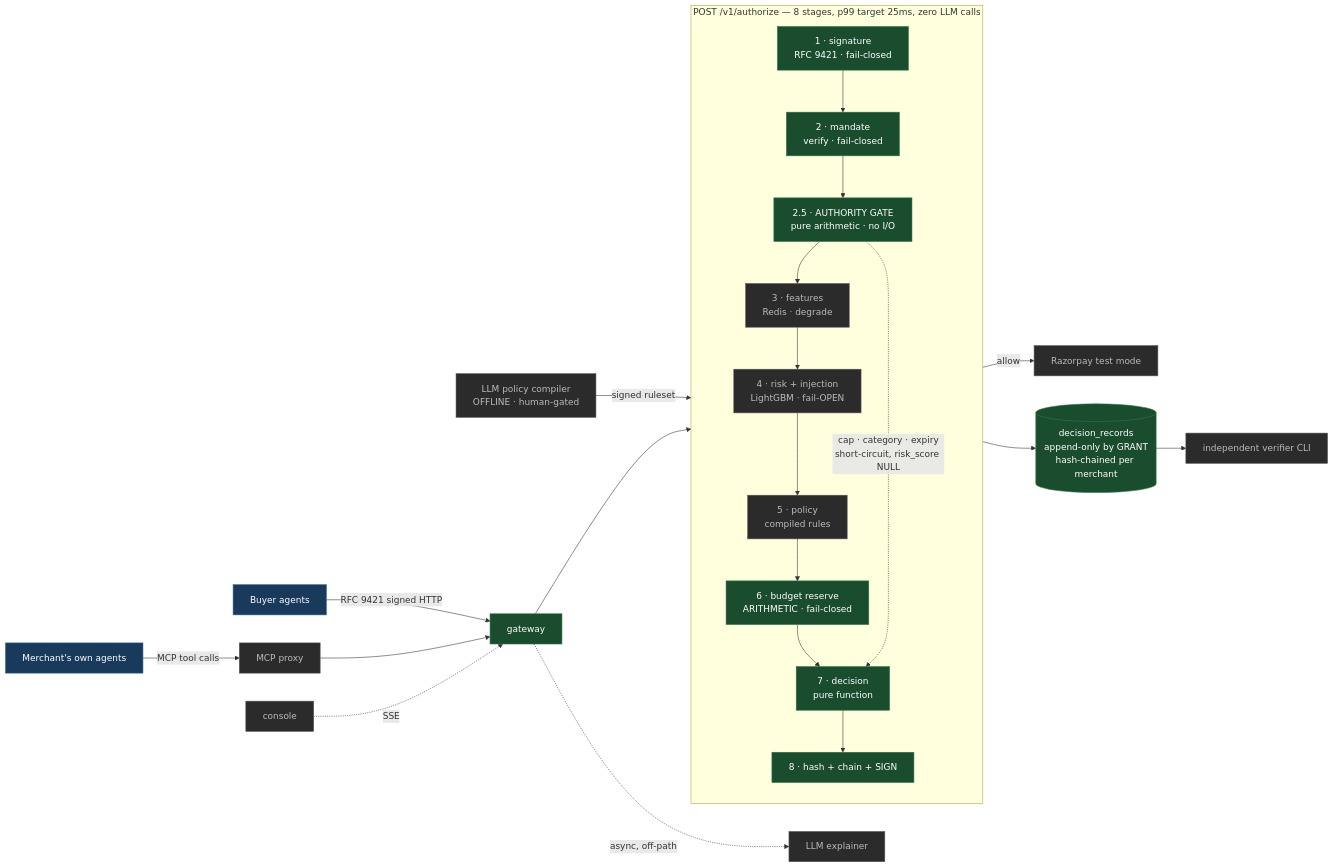
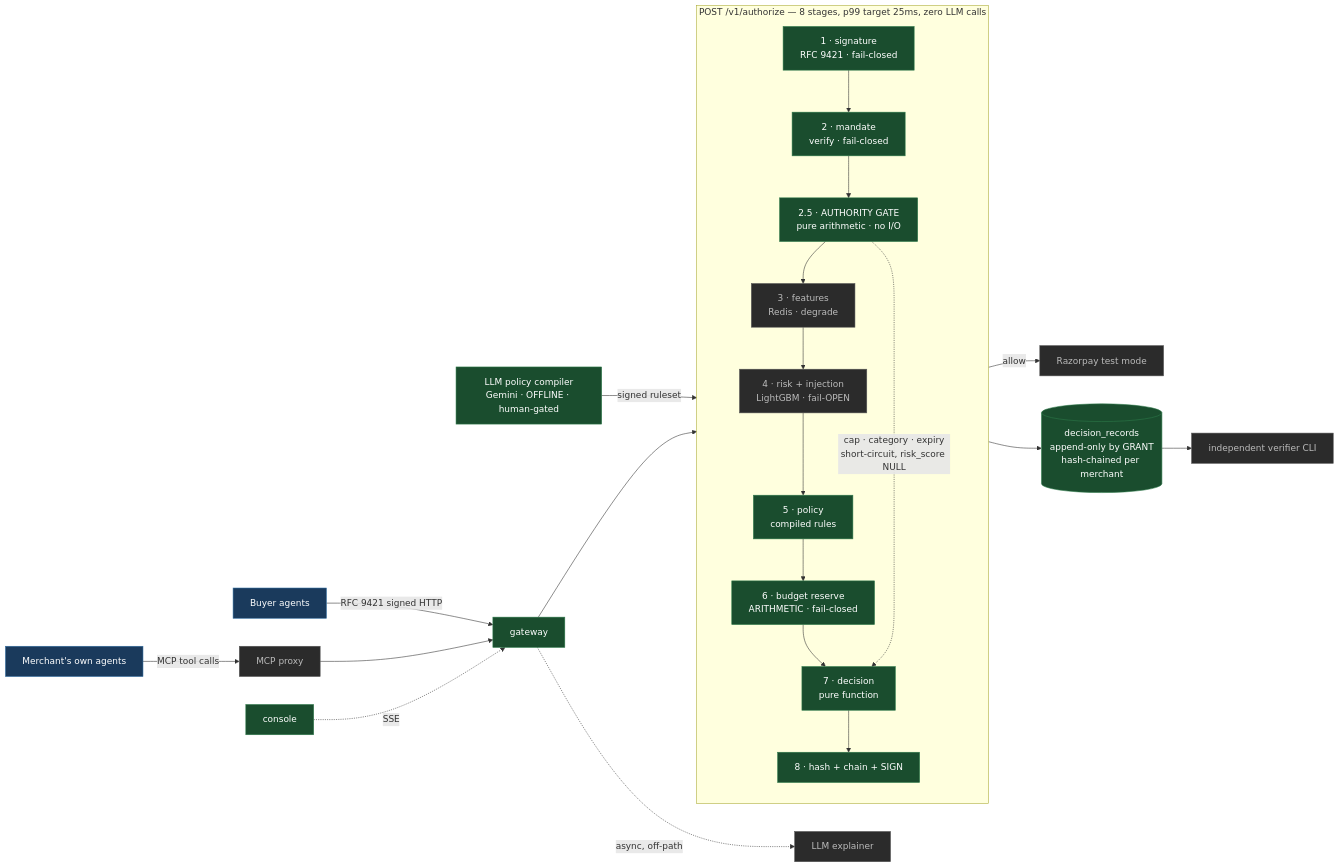
Before and after one commit to jack1824/razorpay: the diagram in README.md, drawn with Mermaid. The commit also changed other lines of this file and 42 other files, not shown here.

First line of the commit message:
Phase 5: policy engine, offline compiler, console

````diff
--- a/README.md
+++ b/README.md
@@ -7,33 +7,33 @@
 ```mermaid
 flowchart LR
   BA[Buyer agents]:::ext -->|RFC 9421 signed HTTP| GW
   MA[Merchant's own agents]:::ext -->|MCP tool calls| PX[MCP proxy]:::soon
   PX --> GW
 
   subgraph DWAAR["POST /v1/authorize — 8 stages, p99 target 25ms, zero LLM calls"]
     direction TB
     S1["1 · signature<br/>RFC 9421 · fail-closed"]:::done
     S2["2 · mandate<br/>verify · fail-closed"]:::done
     G["2.5 · AUTHORITY GATE<br/>pure arithmetic · no I/O"]:::done
     S3["3 · features<br/>Redis · degrade"]:::soon
     S4["4 · risk + injection<br/>LightGBM · fail-OPEN"]:::soon
-    S5["5 · policy<br/>compiled rules"]:::soon
+    S5["5 · policy<br/>compiled rules"]:::done
     S6["6 · budget reserve<br/>ARITHMETIC · fail-closed"]:::done
     S7["7 · decision<br/>pure function"]:::done
     S8["8 · hash + chain + SIGN"]:::done
     S1 --> S2 --> G --> S3 --> S4 --> S5 --> S6 --> S7 --> S8
     G -.->|"cap · category · expiry<br/>short-circuit, risk_score NULL"| S7
   end
 
   GW[gateway]:::done --> DWAAR
   S7 -->|allow| RZP[Razorpay test mode]:::soon
   S8 --> CH[(decision_records<br/>append-only by GRANT<br/>hash-chained per merchant)]:::done
   CH --> V[independent verifier CLI]:::soon
   GW -. async, off-path .-> EX[LLM explainer]:::soon
-  PC[LLM policy compiler<br/>OFFLINE · human-gated]:::soon -->|signed ruleset| S5
-  CON[console]:::soon -. SSE .-> GW
+  PC[LLM policy compiler<br/>Gemini · OFFLINE · human-gated]:::done -->|signed ruleset| S5
+  CON[console]:::done -. SSE .-> GW
 
   classDef done fill:#1a4d2e,stroke:#2d7a4a,color:#fff
   classDef soon fill:#2b2b2b,stroke:#555,color:#bbb
   classDef ext  fill:#1a3a5c,stroke:#2d6a9f,color:#fff
 ```
````
